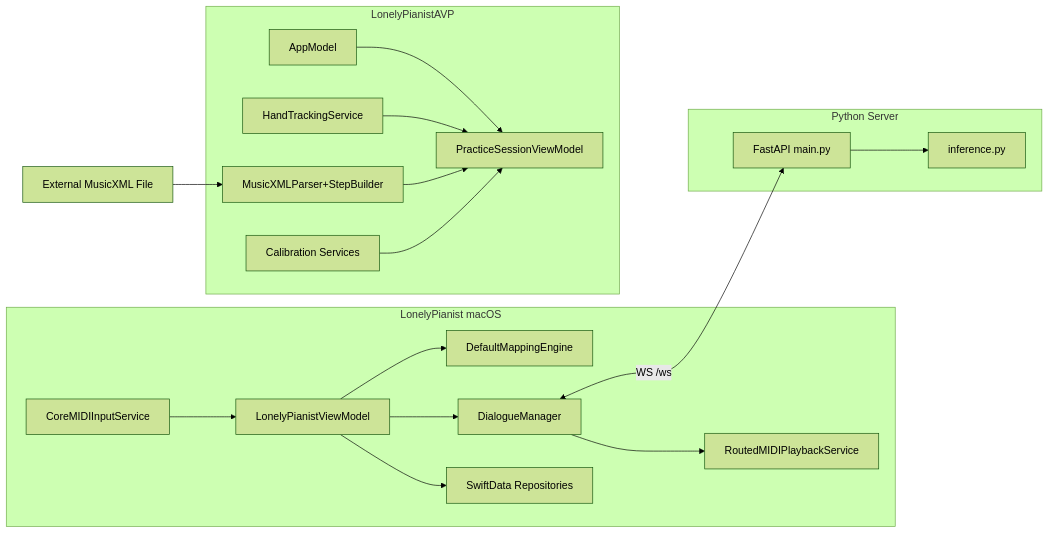
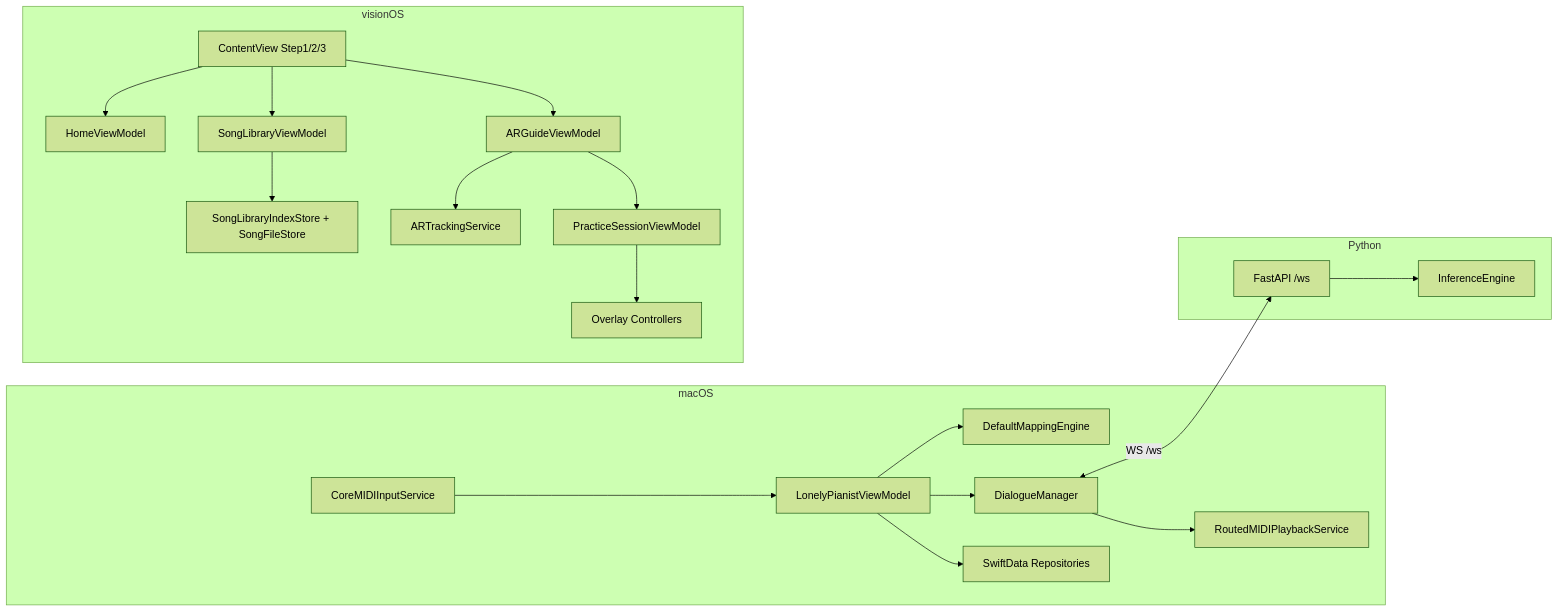
One commit to chiimagnus/HappyPianist changed the diagram in .github/deepwiki/architecture.md. Above: the diagram before and after it, drawn with Mermaid (forest theme). The commit also changed other lines of this file and 12 other files, not shown here.

````diff
--- a/.github/deepwiki/architecture.md
+++ b/.github/deepwiki/architecture.md
@@ -37,26 +32,26 @@
 ```mermaid
 flowchart LR
-  subgraph macOS[LonelyPianist macOS]
-    A1[CoreMIDIInputService] --> A2[LonelyPianistViewModel]
-    A2 --> A3[DefaultMappingEngine]
-    A2 --> A4[DialogueManager]
-    A2 --> A5[SwiftData Repositories]
-    A4 --> A6[RoutedMIDIPlaybackService]
+  subgraph MAC[macOS]
+    M1[CoreMIDIInputService] --> M2[LonelyPianistViewModel]
+    M2 --> M3[DefaultMappingEngine]
+    M2 --> M4[DialogueManager]
+    M4 --> M5[RoutedMIDIPlaybackService]
+    M2 --> M6[SwiftData Repositories]
   end
 
-  subgraph PY[Python Server]
-    P1[FastAPI main.py]
-    P2[inference.py]
-    P1 --> P2
+  subgraph AVP[visionOS]
+    V0[ContentView Step1/2/3] --> V1[HomeViewModel]
+    V0 --> V2[SongLibraryViewModel]
+    V0 --> V3[ARGuideViewModel]
+    V2 --> V4[SongLibraryIndexStore + SongFileStore]
+    V3 --> V5[ARTrackingService]
+    V3 --> V6[PracticeSessionViewModel]
+    V6 --> V7[Overlay Controllers]
   end
 
-  subgraph AVP[LonelyPianistAVP]
-    V1[AppModel] --> V2[PracticeSessionViewModel]
-    V3[HandTrackingService] --> V2
-    V4[MusicXMLParser+StepBuilder] --> V2
-    V5[Calibration Services] --> V2
+  subgraph PY[Python]
+    P1[FastAPI /ws] --> P2[InferenceEngine]
   end
 
-  A4 <-->|WS /ws| P1
-  E1[External MusicXML File] --> V4
+  M4 <-->|WS /ws| P1
 ```
````
